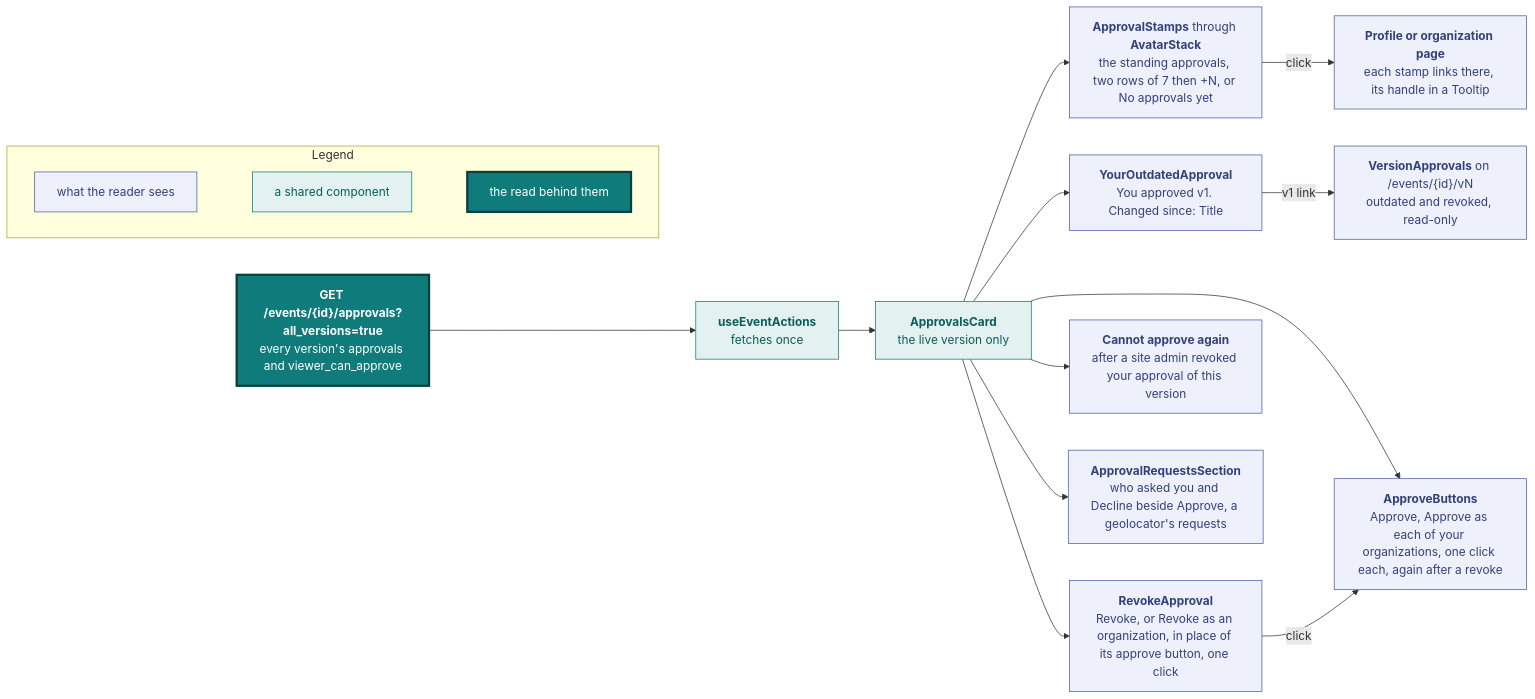
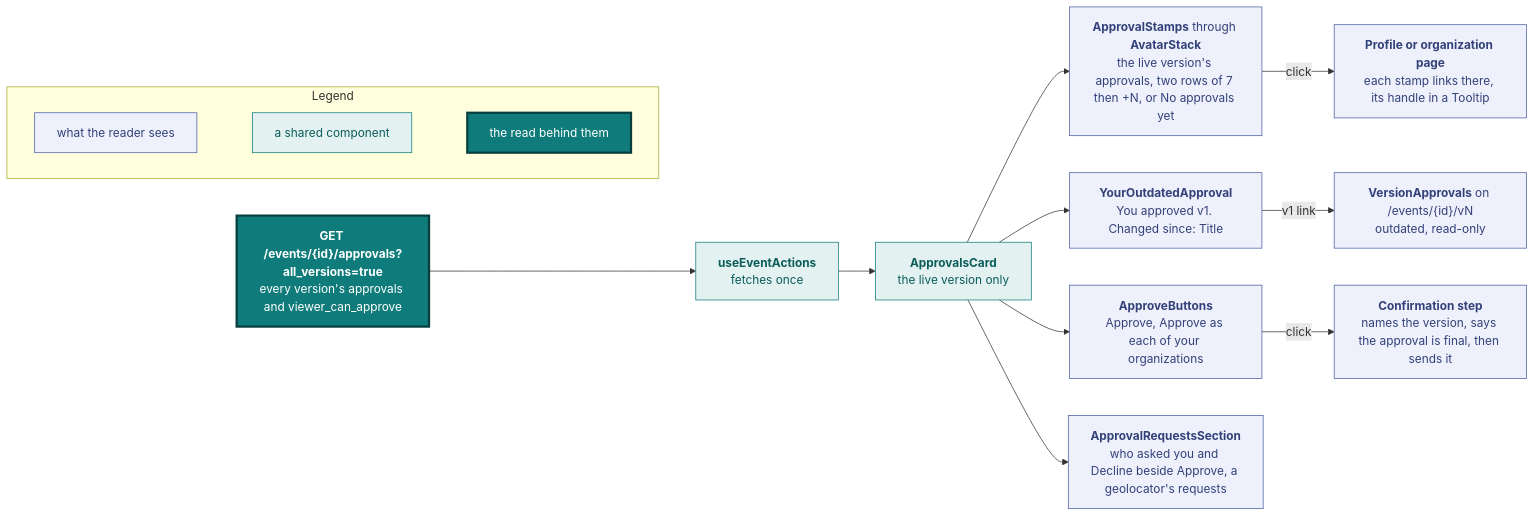
Before and after one commit to vidithq/vidit: the seventh of 12 diagrams in docs/design.md, drawn with Mermaid. The commit also changed other lines of this file and 5 other files, not shown here.

Commit message:
docs: describe the removed features and final approvals

````diff
--- a/docs/design.md
+++ b/docs/design.md
@@ -704,48 +704,44 @@
 ```mermaid
 flowchart LR
   classDef spec fill:#eef1fb,stroke:#4a5fa5,color:#33417a
   classDef shared fill:#e3f2f1,stroke:#0f7b7a,color:#0b5c5b
   classDef core fill:#0f7b7a,stroke:#083f3e,stroke-width:3px,color:#ffffff
 
   subgraph legend [Legend]
     direction LR
     l1["`what the reader sees`"]:::spec
     l2["`a shared component`"]:::shared
     l3["`the read behind them`"]:::core
     l1 ~~~ l2 ~~~ l3
   end
 
   read["`**GET /events/{id}/approvals?all_versions=true**
   every version's approvals and viewer_can_approve`"]:::core
   hook["`**useEventActions**
   fetches once`"]:::shared
   card["`**ApprovalsCard**
   the live version only`"]:::shared
   stamps["`**ApprovalStamps** through **AvatarStack**
-  the standing approvals, two rows of 7 then +N, or No approvals yet`"]:::spec
+  the live version's approvals, two rows of 7 then +N, or No approvals yet`"]:::spec
   page["`**Profile or organization page**
   each stamp links there, its handle in a Tooltip`"]:::spec
   own["`**YourOutdatedApproval**
   You approved v1. Changed since: Title`"]:::spec
   approve["`**ApproveButtons**
-  Approve, Approve as each of your organizations, one click each, again after a revoke`"]:::spec
-  revoke["`**RevokeApproval**
-  Revoke, or Revoke as an organization, in place of its approve button, one click`"]:::spec
-  again["`**Cannot approve again**
-  after a site admin revoked your approval of this version`"]:::spec
+  Approve, Approve as each of your organizations`"]:::spec
+  confirm["`**Confirmation step**
+  names the version, says the approval is final, then sends it`"]:::spec
   requests["`**ApprovalRequestsSection**
   who asked you and Decline beside Approve, a geolocator's requests`"]:::spec
   vn["`**VersionApprovals** on /events/{id}/vN
-  outdated and revoked, read-only`"]:::spec
+  outdated, read-only`"]:::spec
 
   read --> hook --> card
   card --> stamps
   card --> own
   card --> approve
-  card --> revoke
-  card --> again
   card --> requests
   stamps -->|"click"| page
-  revoke -->|"click"| approve
+  approve -->|"click"| confirm
   own -->|"v1 link"| vn
 ```
````
